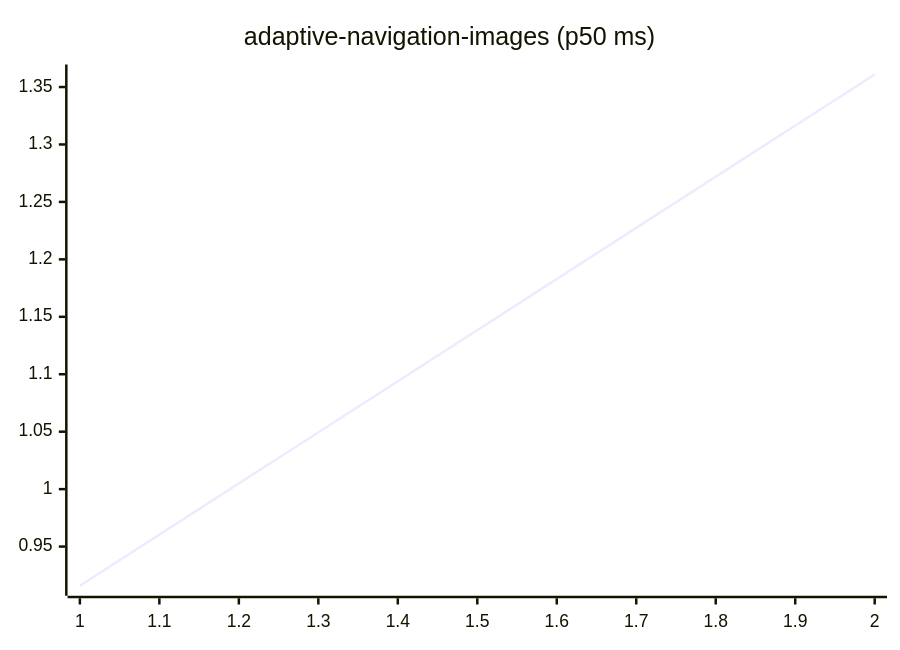
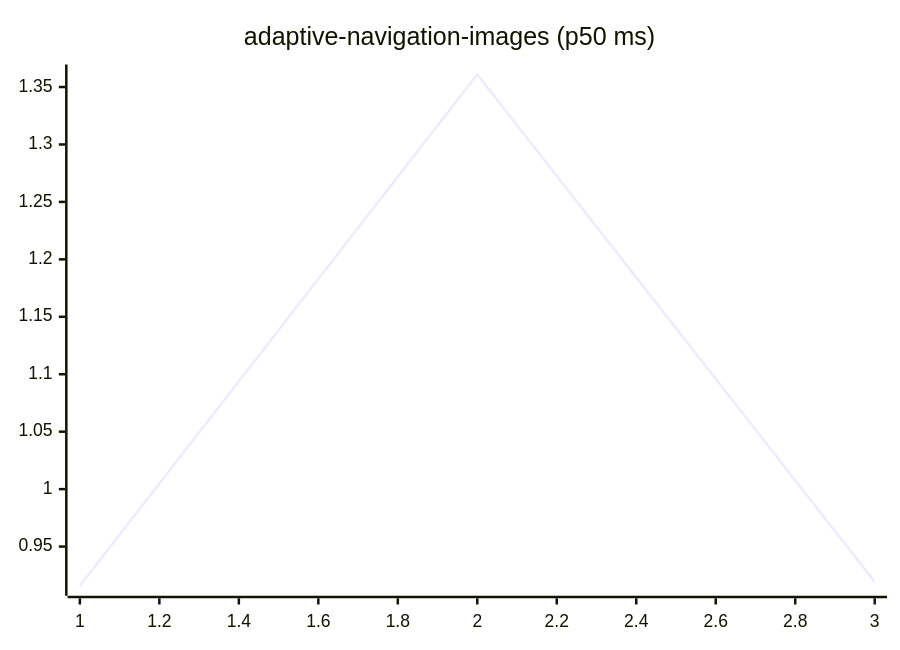
One commit to josha/Facet changed the first of 27 diagrams in README.md. Above: the diagram before and after it, drawn with Mermaid. The commit also changed other lines of this file and 2 other files, not shown here.

````diff
--- a/README.md
+++ b/README.md
@@ -63,6 +63,6 @@
 ```mermaid
 xychart-beta
     title "adaptive-navigation-images (p50 ms)"
-    x-axis 1 --> 2
-    line [0.9159, 1.3609]
+    x-axis 1 --> 3
+    line [0.9159, 1.3609, 0.9193]
 ```
````
